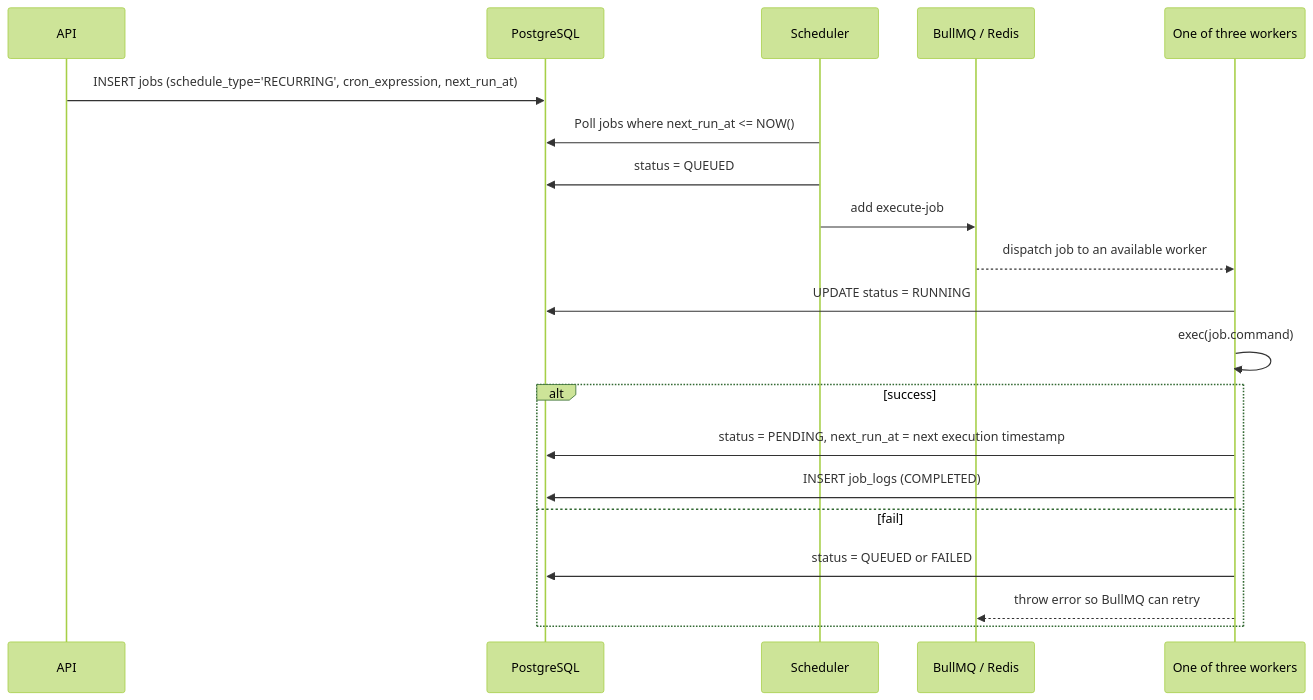
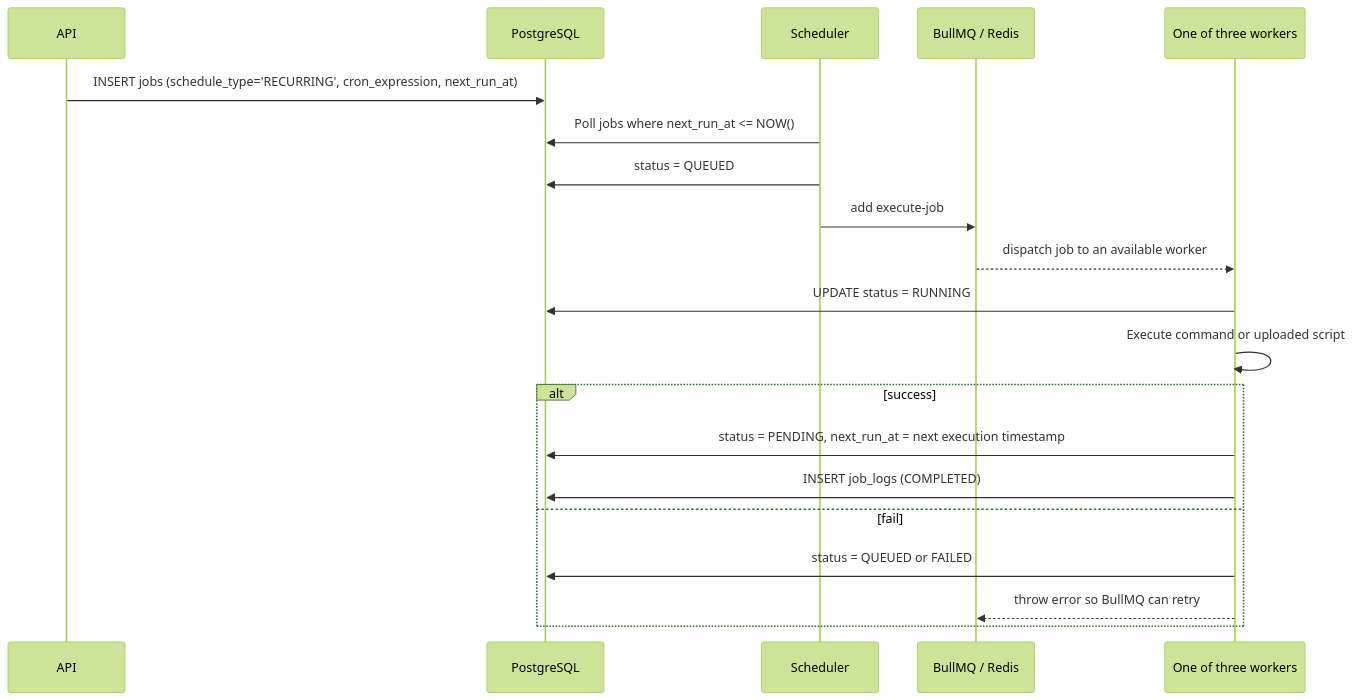
Before and after one commit to kanupriya-sharma19/FLOW: the third of 6 diagrams in README.md, drawn with Mermaid (forest theme). The commit also changed other lines of this file and 5 other files, not shown here.

````diff
--- a/README.md
+++ b/README.md
@@ -319,23 +319,23 @@
 ```mermaid
 sequenceDiagram
     participant API as API
     participant DB as PostgreSQL
     participant Scheduler as Scheduler
     participant Queue as BullMQ / Redis
     participant Worker as One of three workers
 
     API->>DB: INSERT jobs (schedule_type='RECURRING', cron_expression, next_run_at)
     Scheduler->>DB: Poll jobs where next_run_at <= NOW()
     Scheduler->>DB: status = QUEUED
     Scheduler->>Queue: add execute-job
     Queue-->>Worker: dispatch job to an available worker
     Worker->>DB: UPDATE status = RUNNING
-    Worker->>Worker: exec(job.command)
+    Worker->>Worker: Execute command or uploaded script
     alt success
         Worker->>DB: status = PENDING, next_run_at = next execution timestamp
         Worker->>DB: INSERT job_logs (COMPLETED)
     else fail
         Worker->>DB: status = QUEUED or FAILED
         Worker-->>Queue: throw error so BullMQ can retry
     end
 ```
````
